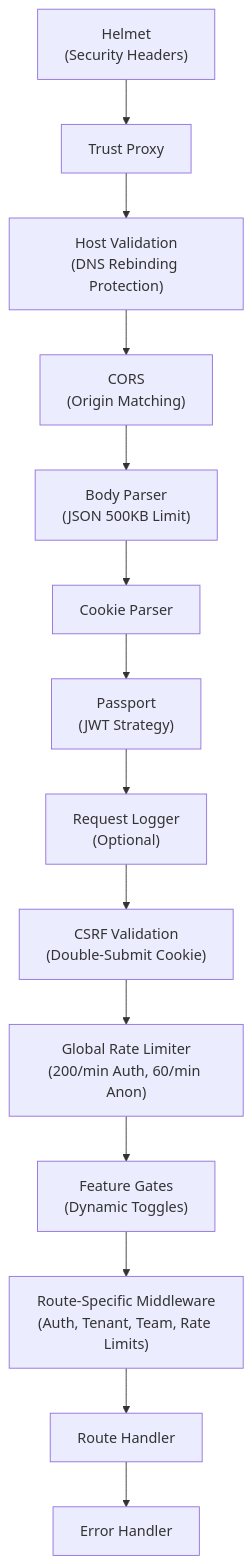
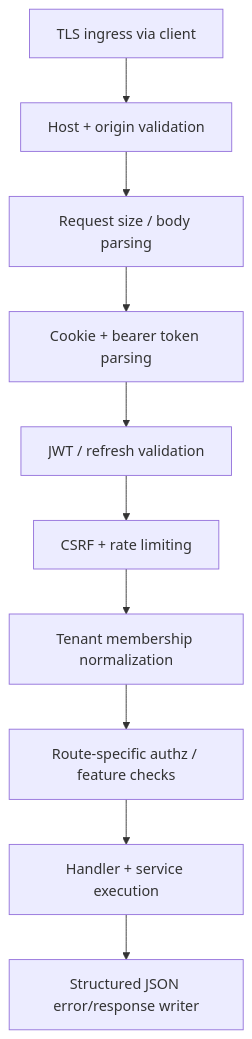
The third of 11 diagrams in docs/architecture.md (dnviti/arsenale), drawn with Mermaid before and after one commit. The commit also changed other lines of this file and 300 other files, not shown here.

````diff
--- a/docs/architecture.md
+++ b/docs/architecture.md
@@ -129,16 +123,12 @@
 ```mermaid
 flowchart TD
-    A["Helmet\n(Security Headers)"] --> B["Trust Proxy"]
-    B --> C["Host Validation\n(DNS Rebinding Protection)"]
-    C --> D["CORS\n(Origin Matching)"]
-    D --> E["Body Parser\n(JSON 500KB Limit)"]
-    E --> F["Cookie Parser"]
-    F --> G["Passport\n(JWT Strategy)"]
-    G --> H["Request Logger\n(Optional)"]
-    H --> I["CSRF Validation\n(Double-Submit Cookie)"]
-    I --> J["Global Rate Limiter\n(200/min Auth, 60/min Anon)"]
-    J --> K["Feature Gates\n(Dynamic Toggles)"]
-    K --> L["Route-Specific Middleware\n(Auth, Tenant, Team, Rate Limits)"]
-    L --> M["Route Handler"]
-    M --> N["Error Handler"]
+    A["TLS ingress via client"] --> B["Host + origin validation"]
+    B --> C["Request size / body parsing"]
+    C --> D["Cookie + bearer token parsing"]
+    D --> E["JWT / refresh validation"]
+    E --> F["CSRF + rate limiting"]
+    F --> G["Tenant membership normalization"]
+    G --> H["Route-specific authz / feature checks"]
+    H --> I["Handler + service execution"]
+    I --> J["Structured JSON error/response writer"]
 ```
````
